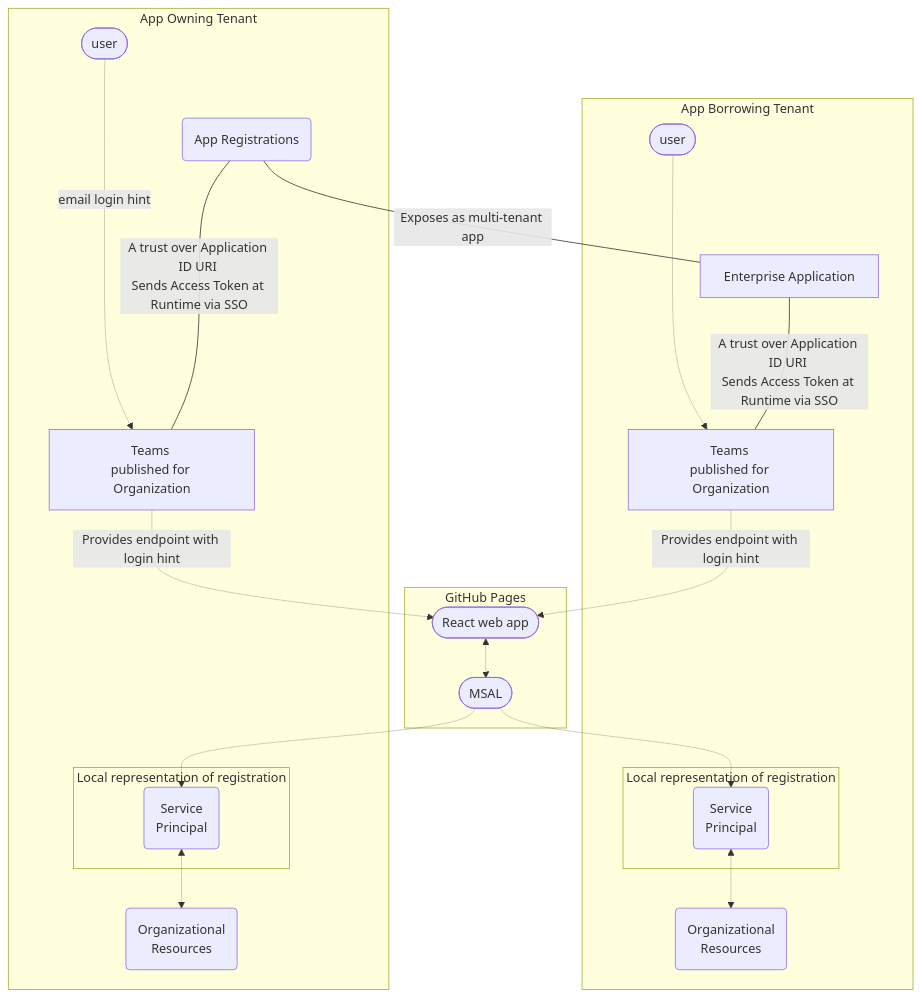
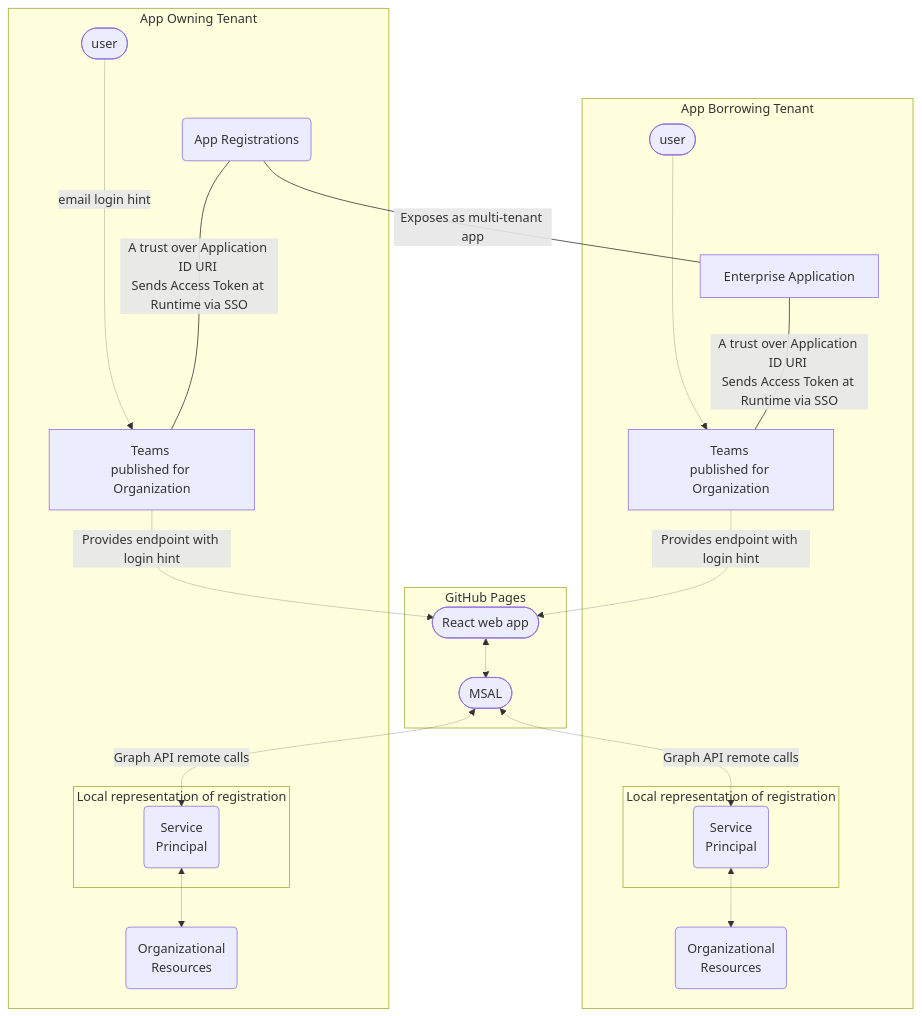
One commit to CynicDog/azure-entra-in-spa changed the third of 3 diagrams in README.md. Above: the diagram before and after it, drawn with Mermaid.

````diff
--- a/README.md
+++ b/README.md
@@ -85,44 +85,44 @@
 ```mermaid
 flowchart TD
     subgraph App Owning Tenant 
         A(App Registrations) 
 
         subgraph Local representation of registration
             I(Service \nPrincipal)
         end 
         H(Organizational \nResources)
         B[Teams \npublished for Organization]
         G([user]) ----> |email login hint|B
     end
     
     subgraph GitHub Pages
         C([React web app])
         D([MSAL])
     end 
 
     subgraph App Borrowing Tenant
         L[Enterprise Application]
         
         subgraph Local representation of registration
             F(Service \nPrincipal)
         end 
 
         J[Teams \npublished for Organization]
         K([user]) ---> J
         E(Organizational \nResources)
     end 
 
     
     A --- |A trust over Application ID URI \nSends Access Token at Runtime via SSO|B
     B --> |Provides endpoint with login hint|C
     C <--> D
-    D --> F
+    D <-- Graph API remote calls --> F
     F <--> E
-    D --> I
+    D <-- Graph API remote calls --> I
     J --> |Provides endpoint with login hint|C
     A --- |Exposes as multi-tenant app|L
     L --- |A trust over Application ID URI \nSends Access Token at Runtime via SSO|J
     I <--> H
 
     linkStyle 0,1,3,4,5,6,7,8,11 stroke-width:.3px;
 ```
````
